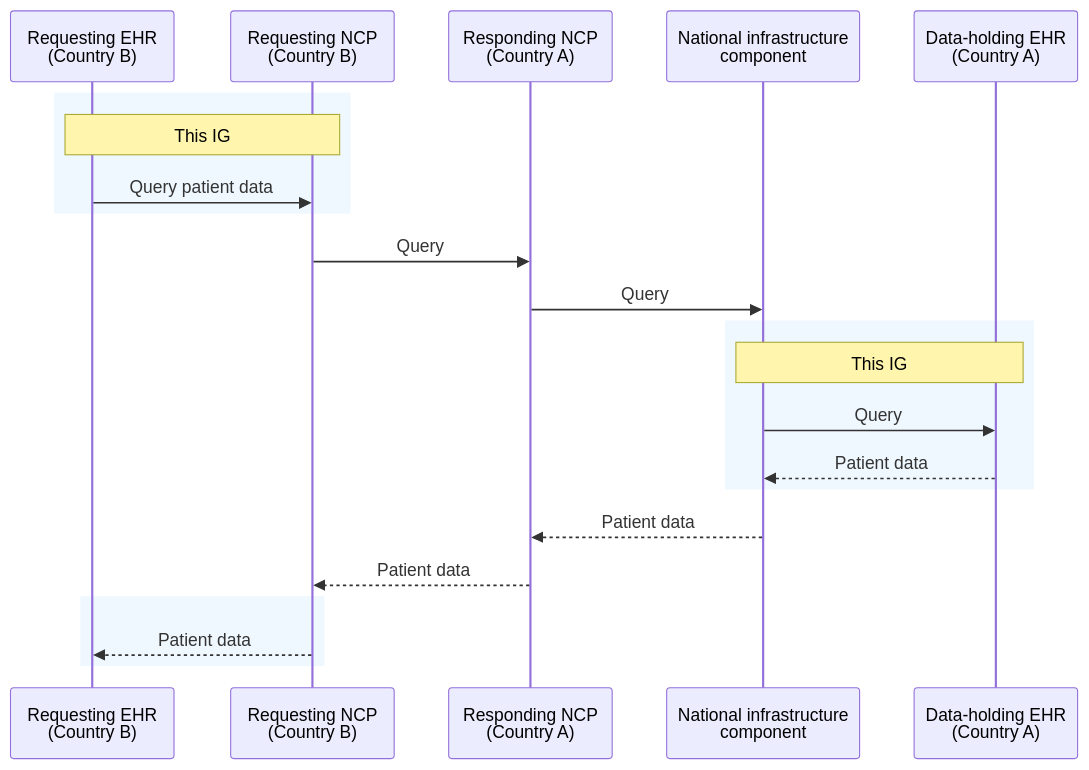
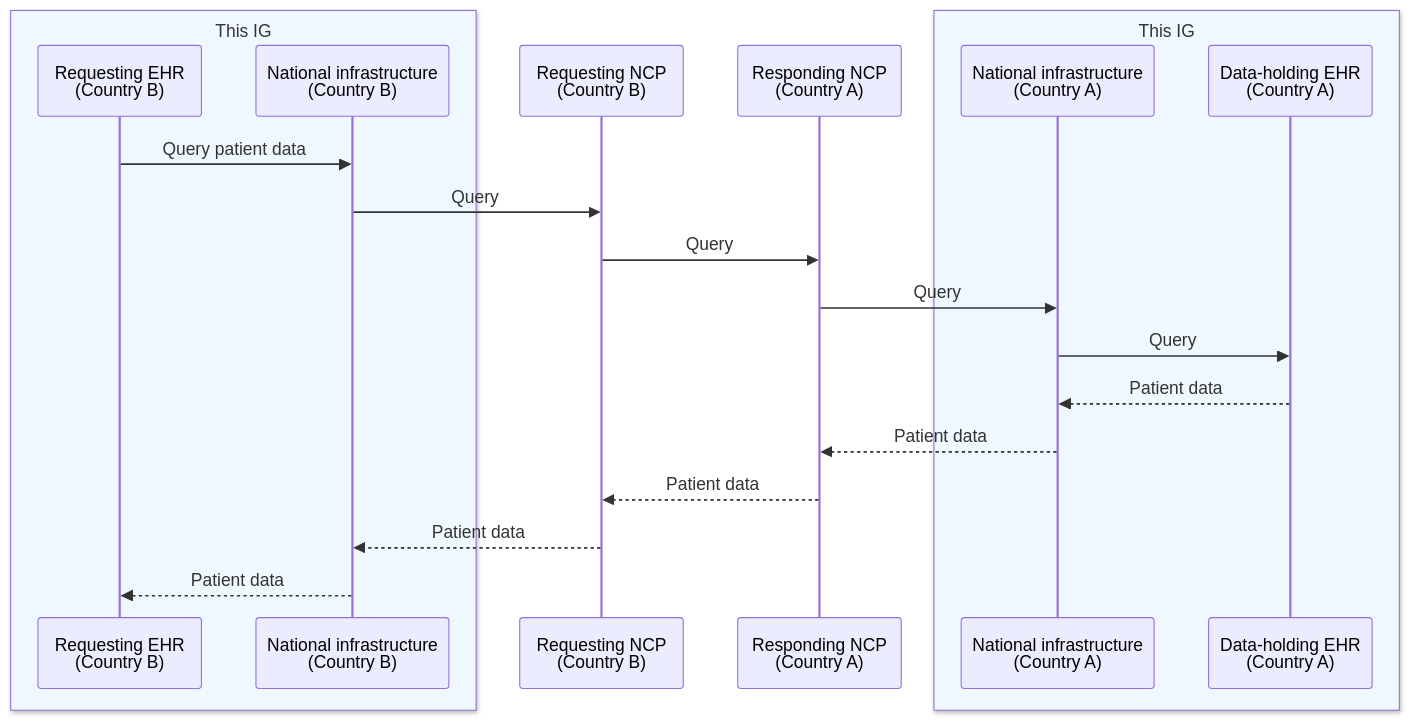
The diagram in diagrams/cross-border-ncp.mmd (euridice-org/eu-health-data-api), drawn with Mermaid before and after one commit. The commit also changed 3 other files, not shown here.

First line of the commit message:
FHIR-56665: Clarify cross-border page flow and both national infrastructures

```diff
--- a/diagrams/cross-border-ncp.mmd
+++ b/diagrams/cross-border-ncp.mmd
@@ -1,23 +1,22 @@
 sequenceDiagram
+    box rgb(240, 248, 255) This IG
     participant Requester as Requesting EHR<br/>(Country B)
+    participant NationalB as National infrastructure<br/>(Country B)
+    end
     participant NCPB as Requesting NCP<br/>(Country B)
     participant NCPA as Responding NCP<br/>(Country A)
-    participant National as National infrastructure<br/>component
+    box rgb(240, 248, 255) This IG
+    participant NationalA as National infrastructure<br/>(Country A)
     participant EHR as Data-holding EHR<br/>(Country A)
+    end
 
-    rect rgb(240, 248, 255)
-    Note over Requester,NCPB: This IG
-    Requester->>NCPB: Query patient data
-    end
+    Requester->>NationalB: Query patient data
+    NationalB->>NCPB: Query
     NCPB->>NCPA: Query
-    NCPA->>National: Query
-    rect rgb(240, 248, 255)
-    Note over National,EHR: This IG
-    National->>EHR: Query
-    EHR-->>National: Patient data
-    end
-    National-->>NCPA: Patient data
+    NCPA->>NationalA: Query
+    NationalA->>EHR: Query
+    EHR-->>NationalA: Patient data
+    NationalA-->>NCPA: Patient data
     NCPA-->>NCPB: Patient data
-    rect rgb(240, 248, 255)
-    NCPB-->>Requester: Patient data
-    end
+    NCPB-->>NationalB: Patient data
+    NationalB-->>Requester: Patient data
```
